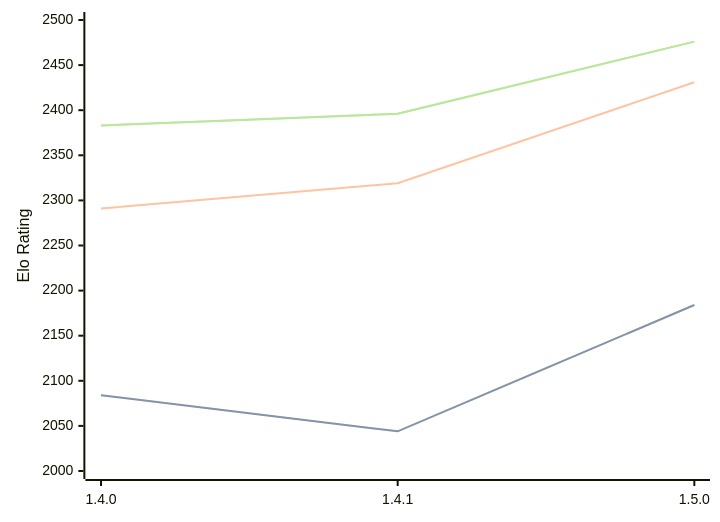
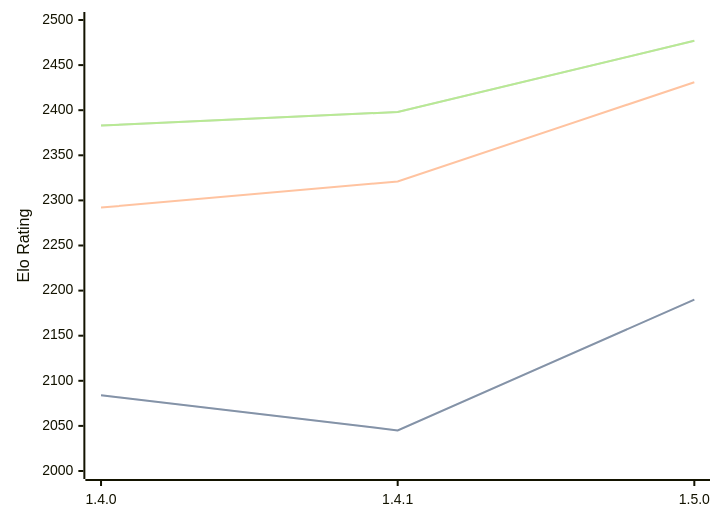
Before and after one commit to computer-chess-index/cci: the diagram in engines/Tofiks.md, drawn with Mermaid. The commit also changed other lines of this file, not shown here.

Commit message:
Update CCI Ratings (ELO VLTC) - 2026-09-01

````diff
--- a/engines/Tofiks.md
+++ b/engines/Tofiks.md
@@ -33,11 +33,11 @@
 ```mermaid
 %%{init: {"theme":"base","themeVariables":{"seriesColors:['#a3a3a3','#222221','#faa371']}}}%%
 xychart-beta
   x-axis ["1.4.0", "1.4.1", "1.5.0"]
   y-axis "Elo Rating" 2000 --> 2500
-  line "" [2084, 2044, 2184]
-  line "STC (8.0+0.08s)" [2084, 2044, 2184]
-  line "LTC (60.0+0.60s)" [2291, 2319, 2431]
-  line "" [2383, 2396, 2476]
-  line "VLTC (2m24s+1.12s)" [2383, 2396, 2476]
+  line "" [2084, 2045, 2190]
+  line "STC (8.0+0.08s)" [2084, 2045, 2190]
+  line "LTC (60.0+0.60s)" [2292, 2321, 2431]
+  line "" [2383, 2398, 2477]
+  line "VLTC (2m24s+1.12s)" [2383, 2398, 2477]
 ```
````
